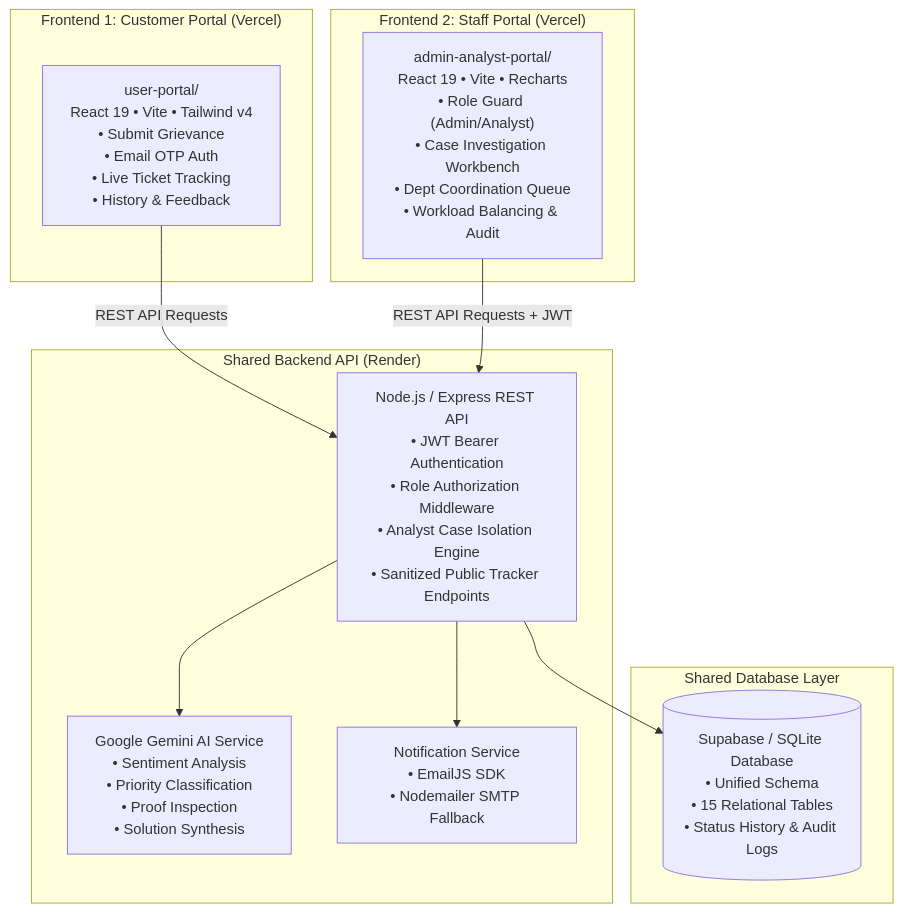
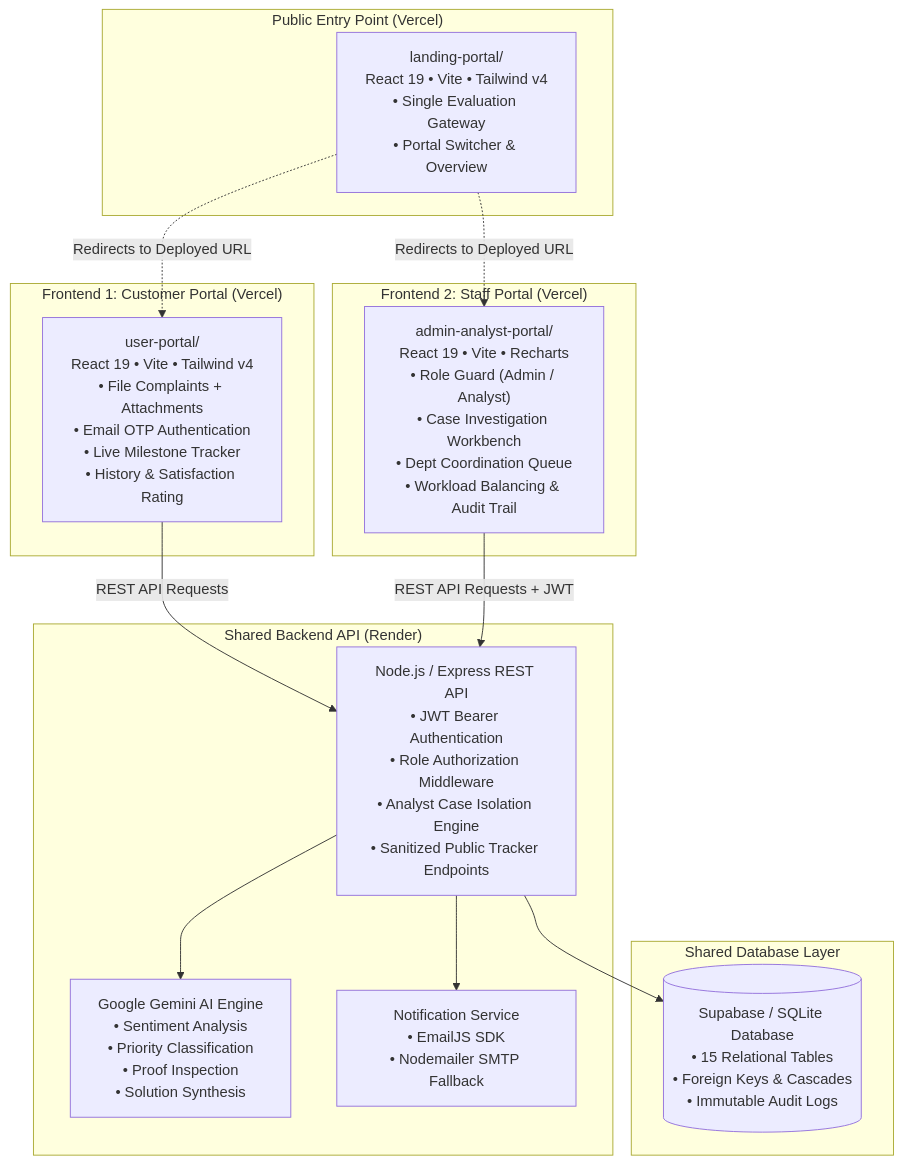
Before and after one commit to praveena507/Loop: the first of 3 diagrams in README.md, drawn with Mermaid. The commit also changed other lines of this file, not shown here.

Commit message:
Zidio: Complete Enterprise Complaint Resolution Platform & Landing Portal Integration

````diff
--- a/README.md
+++ b/README.md
@@ -94,26 +147,32 @@
 ```mermaid
 graph TB
+    subgraph Gateway ["Public Entry Point (Vercel)"]
+        LP["landing-portal/<br/>React 19 • Vite • Tailwind v4<br/>• Single Evaluation Gateway<br/>• Portal Switcher & Overview"]
+    end
+
     subgraph Frontend1 ["Frontend 1: Customer Portal (Vercel)"]
-        UP["user-portal/<br/>React 19 • Vite • Tailwind v4<br/>• Submit Grievance<br/>• Email OTP Auth<br/>• Live Ticket Tracking<br/>• History & Feedback"]
+        UP["user-portal/<br/>React 19 • Vite • Tailwind v4<br/>• File Complaints + Attachments<br/>• Email OTP Authentication<br/>• Live Milestone Tracker<br/>• History & Satisfaction Rating"]
     end
 
     subgraph Frontend2 ["Frontend 2: Staff Portal (Vercel)"]
-        AP["admin-analyst-portal/<br/>React 19 • Vite • Recharts<br/>• Role Guard (Admin/Analyst)<br/>• Case Investigation Workbench<br/>• Dept Coordination Queue<br/>• Workload Balancing & Audit"]
+        AP["admin-analyst-portal/<br/>React 19 • Vite • Recharts<br/>• Role Guard (Admin / Analyst)<br/>• Case Investigation Workbench<br/>• Dept Coordination Queue<br/>• Workload Balancing & Audit Trail"]
     end
 
     subgraph BackendServices ["Shared Backend API (Render)"]
         API["Node.js / Express REST API<br/>• JWT Bearer Authentication<br/>• Role Authorization Middleware<br/>• Analyst Case Isolation Engine<br/>• Sanitized Public Tracker Endpoints"]
-        AI["Google Gemini AI Service<br/>• Sentiment Analysis<br/>• Priority Classification<br/>• Proof Inspection<br/>• Solution Synthesis"]
+        AI["Google Gemini AI Engine<br/>• Sentiment Analysis<br/>• Priority Classification<br/>• Proof Inspection<br/>• Solution Synthesis"]
         MAIL["Notification Service<br/>• EmailJS SDK<br/>• Nodemailer SMTP Fallback"]
     end
 
     subgraph Persistence ["Shared Database Layer"]
-        DB[("Supabase / SQLite Database<br/>• Unified Schema<br/>• 15 Relational Tables<br/>• Status History & Audit Logs")]
+        DB[("Supabase / SQLite Database<br/>• 15 Relational Tables<br/>• Foreign Keys & Cascades<br/>• Immutable Audit Logs")]
     end
 
+    LP -.->|Redirects to Deployed URL| UP
+    LP -.->|Redirects to Deployed URL| AP
     UP -->|REST API Requests| API
     AP -->|REST API Requests + JWT| API
     API --> AI
     API --> MAIL
     API --> DB
 ```
````
